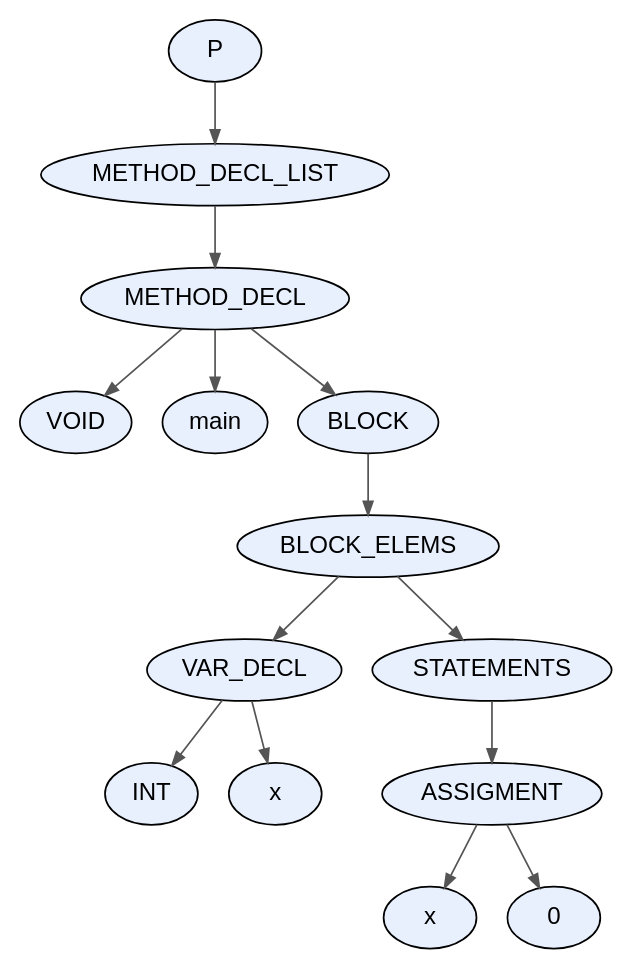
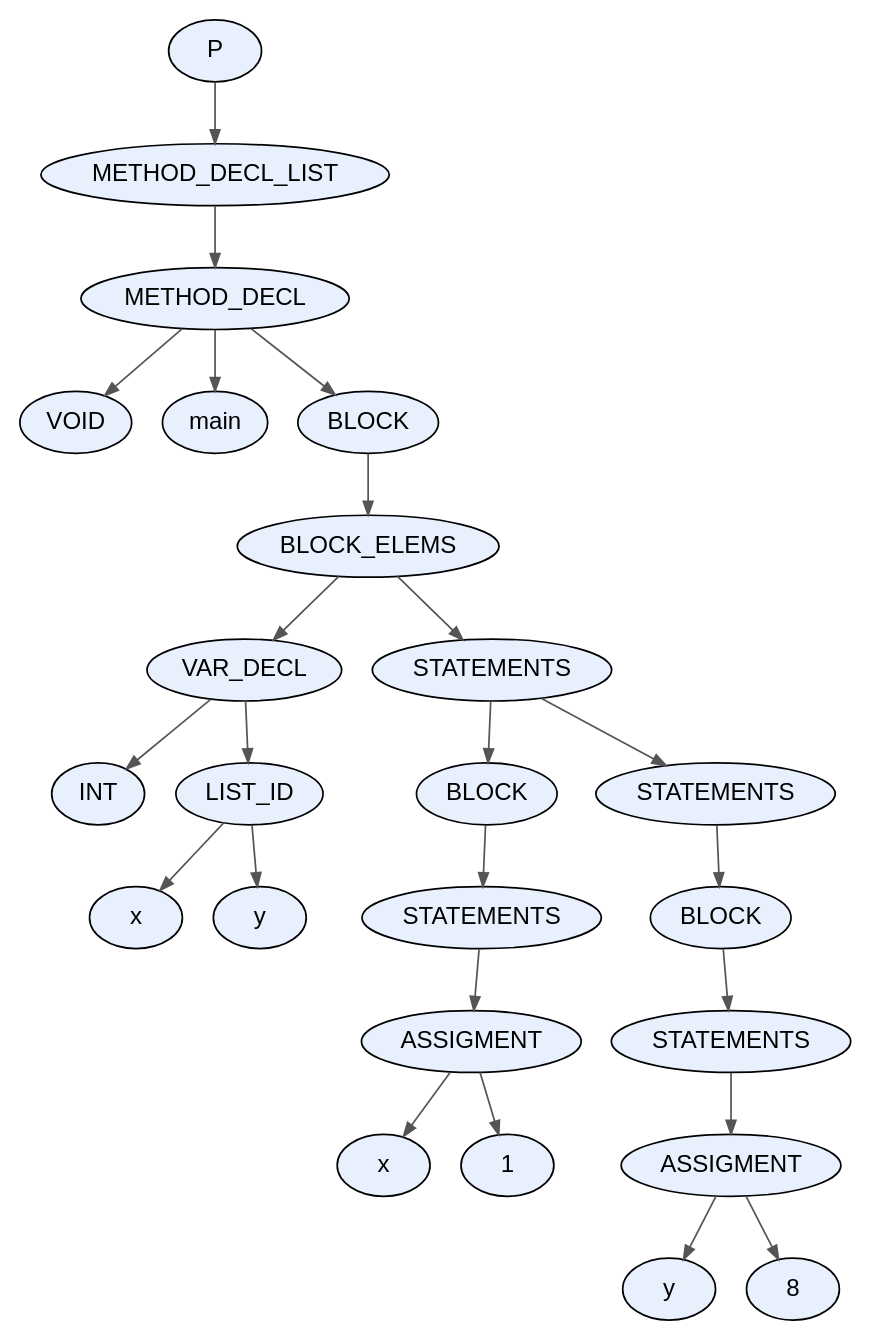
The diagram in proyecto/dot_files/test5.dot (facundo-dario-loser/TDS2026), drawn with Graphviz before and after one commit. The commit also changed 53 other files, not shown here.

```diff
--- a/proyecto/dot_files/test5.dot
+++ b/proyecto/dot_files/test5.dot
@@ -1,31 +1,51 @@
 digraph AST {
   node [fontname="Arial"];
   edge [arrowsize=0.8, color="#555555"];
-  "node_0x5a14b28cebe0" [label="P", style=filled, fillcolor="#E8F0FE", shape=ellipse, style="rounded,filled"];
-  "node_0x5a14b28cebe0" -> "node_0x5a14b28ceb90";
-  "node_0x5a14b28ceb90" [label="METHOD_DECL_LIST", style=filled, fillcolor="#E8F0FE", shape=ellipse, style="rounded,filled"];
-  "node_0x5a14b28ceb90" -> "node_0x5a14b28ceb40";
-  "node_0x5a14b28ceb40" [label="METHOD_DECL", style=filled, fillcolor="#E8F0FE", shape=ellipse, style="rounded,filled"];
-  "node_0x5a14b28ceb40" -> "node_0x5a14b28cea80";
-  "node_0x5a14b28cea80" [label="VOID", style=filled, fillcolor="#E8F0FE", shape=ellipse, style="rounded,filled"];
-  "node_0x5a14b28ceb40" -> "node_0x5a14b28cead0";
-  "node_0x5a14b28cead0" [label="main", style=filled, fillcolor="#E8F0FE", shape=ellipse, style="rounded,filled"];
-  "node_0x5a14b28ceb40" -> "node_0x5a14b28cea30";
-  "node_0x5a14b28cea30" [label="BLOCK", style=filled, fillcolor="#E8F0FE", shape=ellipse, style="rounded,filled"];
-  "node_0x5a14b28cea30" -> "node_0x5a14b28ce9e0";
-  "node_0x5a14b28ce9e0" [label="BLOCK_ELEMS", style=filled, fillcolor="#E8F0FE", shape=ellipse, style="rounded,filled"];
-  "node_0x5a14b28ce9e0" -> "node_0x5a14b28ce630";
-  "node_0x5a14b28ce630" [label="VAR_DECL", style=filled, fillcolor="#E8F0FE", shape=ellipse, style="rounded,filled"];
-  "node_0x5a14b28ce630" -> "node_0x5a14b28ce550";
-  "node_0x5a14b28ce550" [label="INT", style=filled, fillcolor="#E8F0FE", shape=ellipse, style="rounded,filled"];
-  "node_0x5a14b28ce630" -> "node_0x5a14b28ce5c0";
-  "node_0x5a14b28ce5c0" [label="x", style=filled, fillcolor="#E8F0FE", shape=ellipse, style="rounded,filled"];
-  "node_0x5a14b28ce9e0" -> "node_0x5a14b28ce990";
-  "node_0x5a14b28ce990" [label="STATEMENTS", style=filled, fillcolor="#E8F0FE", shape=ellipse, style="rounded,filled"];
-  "node_0x5a14b28ce990" -> "node_0x5a14b28ce940";
-  "node_0x5a14b28ce940" [label="ASSIGMENT", style=filled, fillcolor="#E8F0FE", shape=ellipse, style="rounded,filled"];
-  "node_0x5a14b28ce940" -> "node_0x5a14b28ce8d0";
-  "node_0x5a14b28ce8d0" [label="x", style=filled, fillcolor="#E8F0FE", shape=ellipse, style="rounded,filled"];
-  "node_0x5a14b28ce940" -> "node_0x5a14b28ce740";
-  "node_0x5a14b28ce740" [label="0", style=filled, fillcolor="#E8F0FE", shape=ellipse, style="rounded,filled"];
+  "node_0x64bd244c6280" [label="P", style=filled, fillcolor="#E8F0FE", shape=ellipse, style="rounded,filled"];
+  "node_0x64bd244c6280" -> "node_0x64bd244c6230";
+  "node_0x64bd244c6230" [label="METHOD_DECL_LIST", style=filled, fillcolor="#E8F0FE", shape=ellipse, style="rounded,filled"];
+  "node_0x64bd244c6230" -> "node_0x64bd244c61e0";
+  "node_0x64bd244c61e0" [label="METHOD_DECL", style=filled, fillcolor="#E8F0FE", shape=ellipse, style="rounded,filled"];
+  "node_0x64bd244c61e0" -> "node_0x64bd244c6120";
+  "node_0x64bd244c6120" [label="VOID", style=filled, fillcolor="#E8F0FE", shape=ellipse, style="rounded,filled"];
+  "node_0x64bd244c61e0" -> "node_0x64bd244c6170";
+  "node_0x64bd244c6170" [label="main", style=filled, fillcolor="#E8F0FE", shape=ellipse, style="rounded,filled"];
+  "node_0x64bd244c61e0" -> "node_0x64bd244c60d0";
+  "node_0x64bd244c60d0" [label="BLOCK", style=filled, fillcolor="#E8F0FE", shape=ellipse, style="rounded,filled"];
+  "node_0x64bd244c60d0" -> "node_0x64bd244c6080";
+  "node_0x64bd244c6080" [label="BLOCK_ELEMS", style=filled, fillcolor="#E8F0FE", shape=ellipse, style="rounded,filled"];
+  "node_0x64bd244c6080" -> "node_0x64bd244c5710";
+  "node_0x64bd244c5710" [label="VAR_DECL", style=filled, fillcolor="#E8F0FE", shape=ellipse, style="rounded,filled"];
+  "node_0x64bd244c5710" -> "node_0x64bd244c5550";
+  "node_0x64bd244c5550" [label="INT", style=filled, fillcolor="#E8F0FE", shape=ellipse, style="rounded,filled"];
+  "node_0x64bd244c5710" -> "node_0x64bd244c56c0";
+  "node_0x64bd244c56c0" [label="LIST_ID", style=filled, fillcolor="#E8F0FE", shape=ellipse, style="rounded,filled"];
+  "node_0x64bd244c56c0" -> "node_0x64bd244c5650";
+  "node_0x64bd244c5650" [label="x", style=filled, fillcolor="#E8F0FE", shape=ellipse, style="rounded,filled"];
+  "node_0x64bd244c56c0" -> "node_0x64bd244c55e0";
+  "node_0x64bd244c55e0" [label="y", style=filled, fillcolor="#E8F0FE", shape=ellipse, style="rounded,filled"];
+  "node_0x64bd244c6080" -> "node_0x64bd244c6030";
+  "node_0x64bd244c6030" [label="STATEMENTS", style=filled, fillcolor="#E8F0FE", shape=ellipse, style="rounded,filled"];
+  "node_0x64bd244c6030" -> "node_0x64bd244c5930";
+  "node_0x64bd244c5930" [label="BLOCK", style=filled, fillcolor="#E8F0FE", shape=ellipse, style="rounded,filled"];
+  "node_0x64bd244c5930" -> "node_0x64bd244c58e0";
+  "node_0x64bd244c58e0" [label="STATEMENTS", style=filled, fillcolor="#E8F0FE", shape=ellipse, style="rounded,filled"];
+  "node_0x64bd244c58e0" -> "node_0x64bd244c5890";
+  "node_0x64bd244c5890" [label="ASSIGMENT", style=filled, fillcolor="#E8F0FE", shape=ellipse, style="rounded,filled"];
+  "node_0x64bd244c5890" -> "node_0x64bd244c5820";
+  "node_0x64bd244c5820" [label="x", style=filled, fillcolor="#E8F0FE", shape=ellipse, style="rounded,filled"];
+  "node_0x64bd244c5890" -> "node_0x64bd244c57d0";
+  "node_0x64bd244c57d0" [label="1", style=filled, fillcolor="#E8F0FE", shape=ellipse, style="rounded,filled"];
+  "node_0x64bd244c6030" -> "node_0x64bd244c5fe0";
+  "node_0x64bd244c5fe0" [label="STATEMENTS", style=filled, fillcolor="#E8F0FE", shape=ellipse, style="rounded,filled"];
+  "node_0x64bd244c5fe0" -> "node_0x64bd244c5f40";
+  "node_0x64bd244c5f40" [label="BLOCK", style=filled, fillcolor="#E8F0FE", shape=ellipse, style="rounded,filled"];
+  "node_0x64bd244c5f40" -> "node_0x64bd244c5ef0";
+  "node_0x64bd244c5ef0" [label="STATEMENTS", style=filled, fillcolor="#E8F0FE", shape=ellipse, style="rounded,filled"];
+  "node_0x64bd244c5ef0" -> "node_0x64bd244c5ea0";
+  "node_0x64bd244c5ea0" [label="ASSIGMENT", style=filled, fillcolor="#E8F0FE", shape=ellipse, style="rounded,filled"];
+  "node_0x64bd244c5ea0" -> "node_0x64bd244c5e30";
+  "node_0x64bd244c5e30" [label="y", style=filled, fillcolor="#E8F0FE", shape=ellipse, style="rounded,filled"];
+  "node_0x64bd244c5ea0" -> "node_0x64bd244c5de0";
+  "node_0x64bd244c5de0" [label="8", style=filled, fillcolor="#E8F0FE", shape=ellipse, style="rounded,filled"];
 }
```
